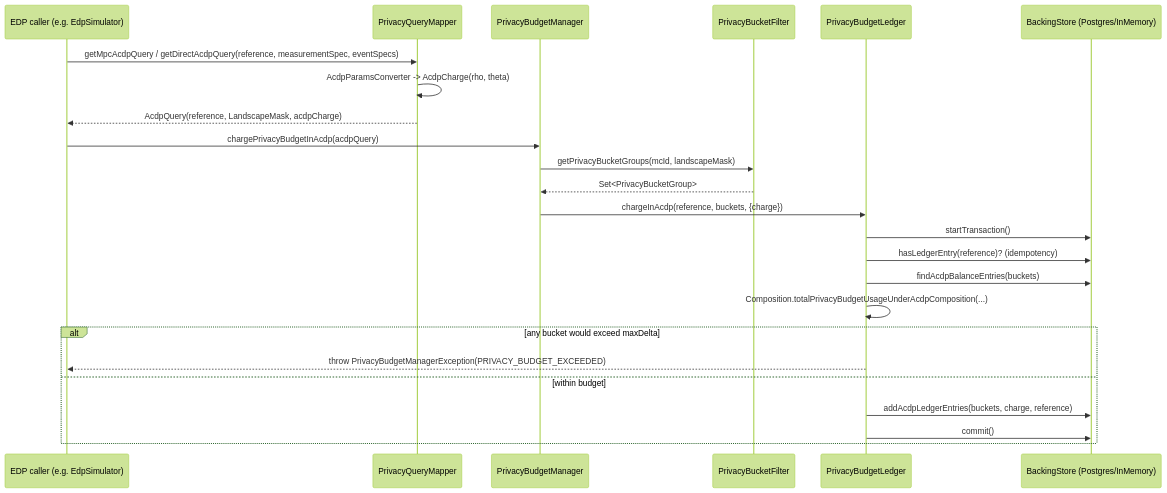
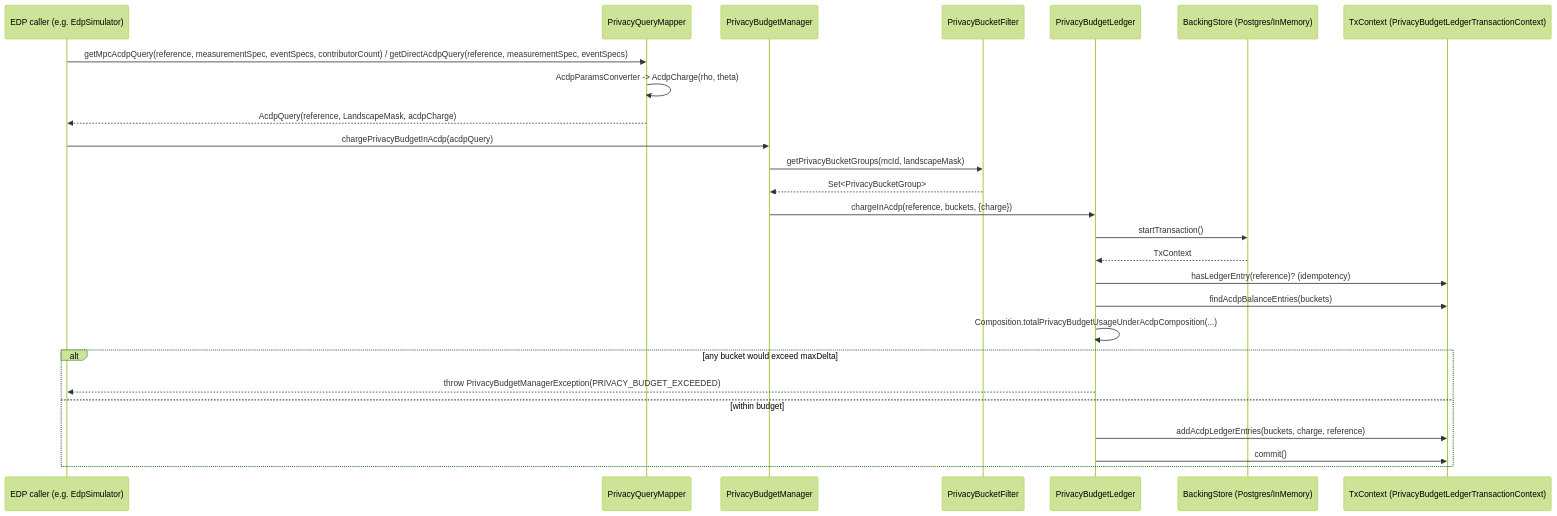
The second of 2 diagrams in docs/architecture/components/event-data-provider.md (world-federation-of-advertisers/cross-media-measurement), drawn with Mermaid (forest theme) before and after one commit. The commit also changed other lines of this file and 16 other files, not shown here.

````diff
--- a/docs/architecture/components/event-data-provider.md
+++ b/docs/architecture/components/event-data-provider.md
@@ -269,27 +280,29 @@
 ```mermaid
 sequenceDiagram
   participant Caller as EDP caller (e.g. EdpSimulator)
   participant Mapper as PrivacyQueryMapper
   participant PBM as PrivacyBudgetManager
   participant Filter as PrivacyBucketFilter
   participant Ledger as PrivacyBudgetLedger
   participant Store as BackingStore (Postgres/InMemory)
+  participant Tx as TxContext (PrivacyBudgetLedgerTransactionContext)
 
-  Caller->>Mapper: getMpcAcdpQuery / getDirectAcdpQuery(reference, measurementSpec, eventSpecs)
+  Caller->>Mapper: getMpcAcdpQuery(reference, measurementSpec, eventSpecs, contributorCount) / getDirectAcdpQuery(reference, measurementSpec, eventSpecs)
   Mapper->>Mapper: AcdpParamsConverter -> AcdpCharge(rho, theta)
   Mapper-->>Caller: AcdpQuery(reference, LandscapeMask, acdpCharge)
   Caller->>PBM: chargePrivacyBudgetInAcdp(acdpQuery)
   PBM->>Filter: getPrivacyBucketGroups(mcId, landscapeMask)
   Filter-->>PBM: Set<PrivacyBucketGroup>
   PBM->>Ledger: chargeInAcdp(reference, buckets, {charge})
   Ledger->>Store: startTransaction()
-  Ledger->>Store: hasLedgerEntry(reference)?  (idempotency)
-  Ledger->>Store: findAcdpBalanceEntries(buckets)
+  Store-->>Ledger: TxContext
+  Ledger->>Tx: hasLedgerEntry(reference)?  (idempotency)
+  Ledger->>Tx: findAcdpBalanceEntries(buckets)
   Ledger->>Ledger: Composition.totalPrivacyBudgetUsageUnderAcdpComposition(...)
   alt any bucket would exceed maxDelta
     Ledger-->>Caller: throw PrivacyBudgetManagerException(PRIVACY_BUDGET_EXCEEDED)
   else within budget
-    Ledger->>Store: addAcdpLedgerEntries(buckets, charge, reference)
-    Ledger->>Store: commit()
+    Ledger->>Tx: addAcdpLedgerEntries(buckets, charge, reference)
+    Ledger->>Tx: commit()
   end
 ```
````
